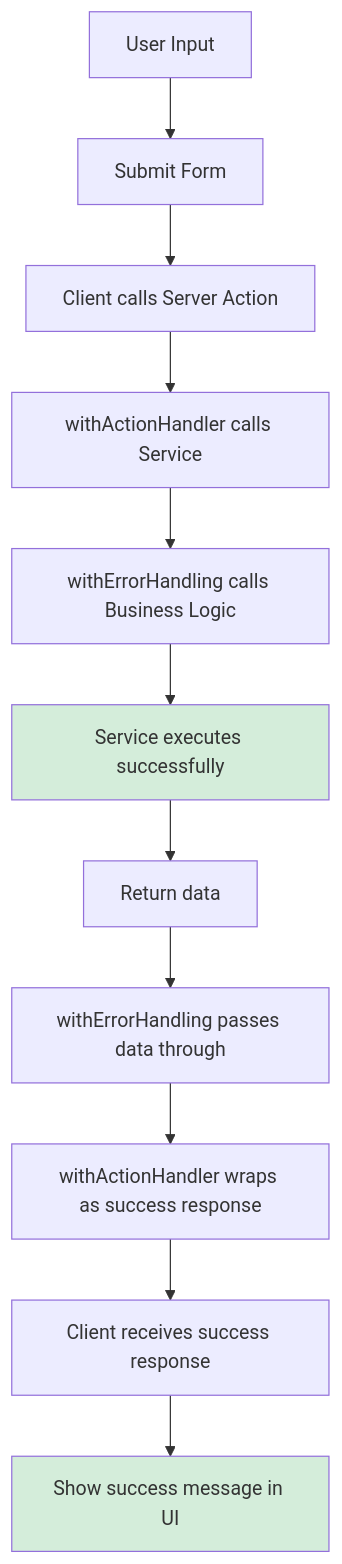
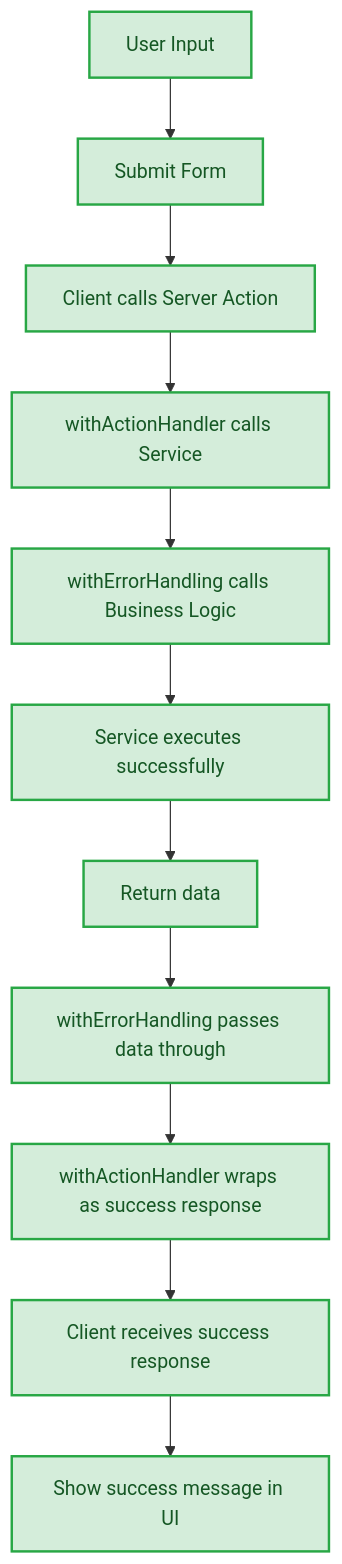
The third of 4 diagrams in README.md (morsechimwai/nextjs-error-system-boilerplate), drawn with Mermaid before and after one commit. The commit also changed other lines of this file, not shown here.

Commit message:
docs: Enhance sequence and process flow diagrams with improved styling for success and error handling

````diff
--- a/README.md
+++ b/README.md
@@ -393,16 +403,26 @@
 ```mermaid
 graph TD
     A[User Input] --> B[Submit Form]
     B --> C[Client calls Server Action]
     C --> D[withActionHandler calls Service]
     D --> E[withErrorHandling calls Business Logic]
     E --> F[Service executes successfully]
     F --> G[Return data]
     G --> H[withErrorHandling passes data through]
     H --> I[withActionHandler wraps as success response]
     I --> J[Client receives success response]
     J --> K[Show success message in UI]
 
-    style F fill:#d4edda
-    style K fill:#d4edda
+    %% Success Flow Styling - Dark Green Text, Light Green Background
+    style A fill:#d4edda,stroke:#28a745,stroke-width:2px,color:#155724
+    style B fill:#d4edda,stroke:#28a745,stroke-width:2px,color:#155724
+    style C fill:#d4edda,stroke:#28a745,stroke-width:2px,color:#155724
+    style D fill:#d4edda,stroke:#28a745,stroke-width:2px,color:#155724
+    style E fill:#d4edda,stroke:#28a745,stroke-width:2px,color:#155724
+    style F fill:#d4edda,stroke:#28a745,stroke-width:2px,color:#155724
+    style G fill:#d4edda,stroke:#28a745,stroke-width:2px,color:#155724
+    style H fill:#d4edda,stroke:#28a745,stroke-width:2px,color:#155724
+    style I fill:#d4edda,stroke:#28a745,stroke-width:2px,color:#155724
+    style J fill:#d4edda,stroke:#28a745,stroke-width:2px,color:#155724
+    style K fill:#d4edda,stroke:#28a745,stroke-width:2px,color:#155724
 ```
````
